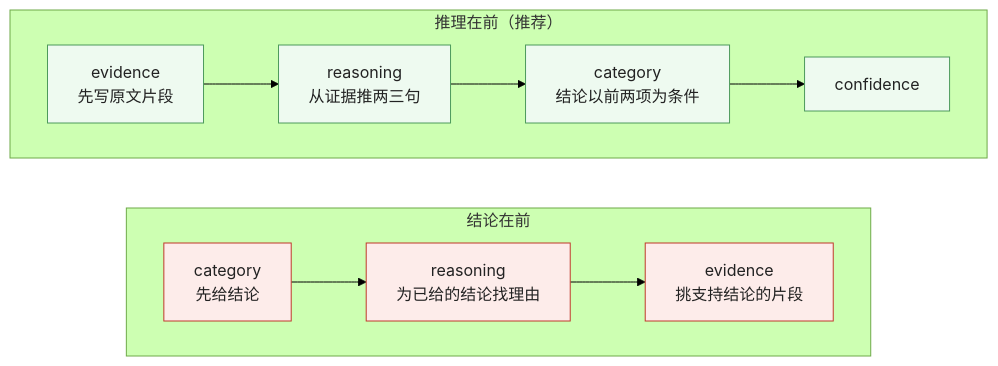
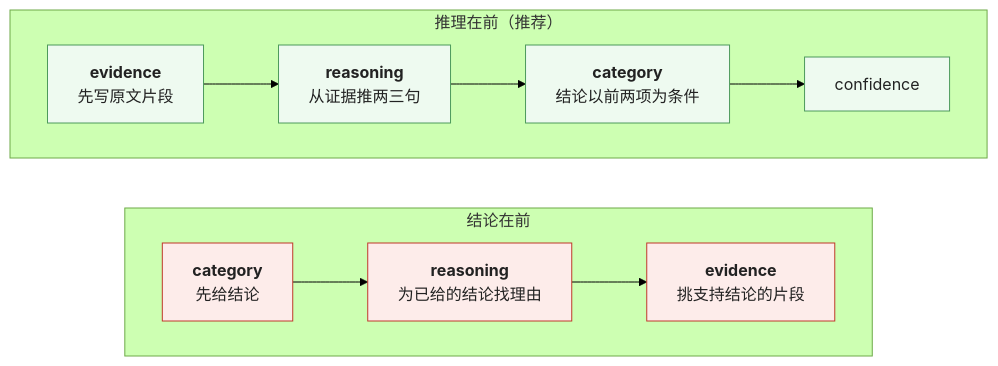
Before and after one commit to arganzheng/arganzheng.github.com: the third of 4 diagrams in _posts/2026-10-08-structured-output-constrained-decoding-and-schema-design.md, drawn with Mermaid (forest theme). The commit also changed other lines of this file and 6 other files, not shown here.

First line of the commit message:
Prompt 与上下文工程：模型这一步该看到什么：Mermaid 多行方框的首行标为标题（7 篇）

````diff
--- a/_posts/2026-10-08-structured-output-constrained-decoding-and-schema-design.md
+++ b/_posts/2026-10-08-structured-output-constrained-decoding-and-schema-design.md
@@ -132,17 +132,17 @@
 ```mermaid
 %% 图：字段顺序即生成顺序——evidence → reasoning → category 让结论以证据和推理为条件；反过来先 category 再 reasoning，推理变成对既定结论的事后辩护；实测「推理在前」通常高 2–5 个百分点，代价是每次多几十个输出 token
 flowchart TB
     subgraph A["推理在前（推荐）"]
         direction LR
-        A1["evidence<br/>先写原文片段"] --> A2["reasoning<br/>从证据推两三句"] --> A3["category<br/>结论以前两项为条件"] --> A4["confidence"]
+        A1["<b>evidence</b><br/>先写原文片段"] --> A2["<b>reasoning</b><br/>从证据推两三句"] --> A3["<b>category</b><br/>结论以前两项为条件"] --> A4["confidence"]
     end
     subgraph B["结论在前"]
         direction LR
-        B1["category<br/>先给结论"] --> B2["reasoning<br/>为已给的结论找理由"] --> B3["evidence<br/>挑支持结论的片段"]
+        B1["<b>category</b><br/>先给结论"] --> B2["<b>reasoning</b><br/>为已给的结论找理由"] --> B3["<b>evidence</b><br/>挑支持结论的片段"]
     end
     A ~~~ B
     classDef ok fill:#eefaf0,stroke:#4d9a5c,color:#222
     classDef bad fill:#fdecea,stroke:#c0392b,color:#222
     class A1,A2,A3,A4 ok
     class B1,B2,B3 bad
 ```
````
